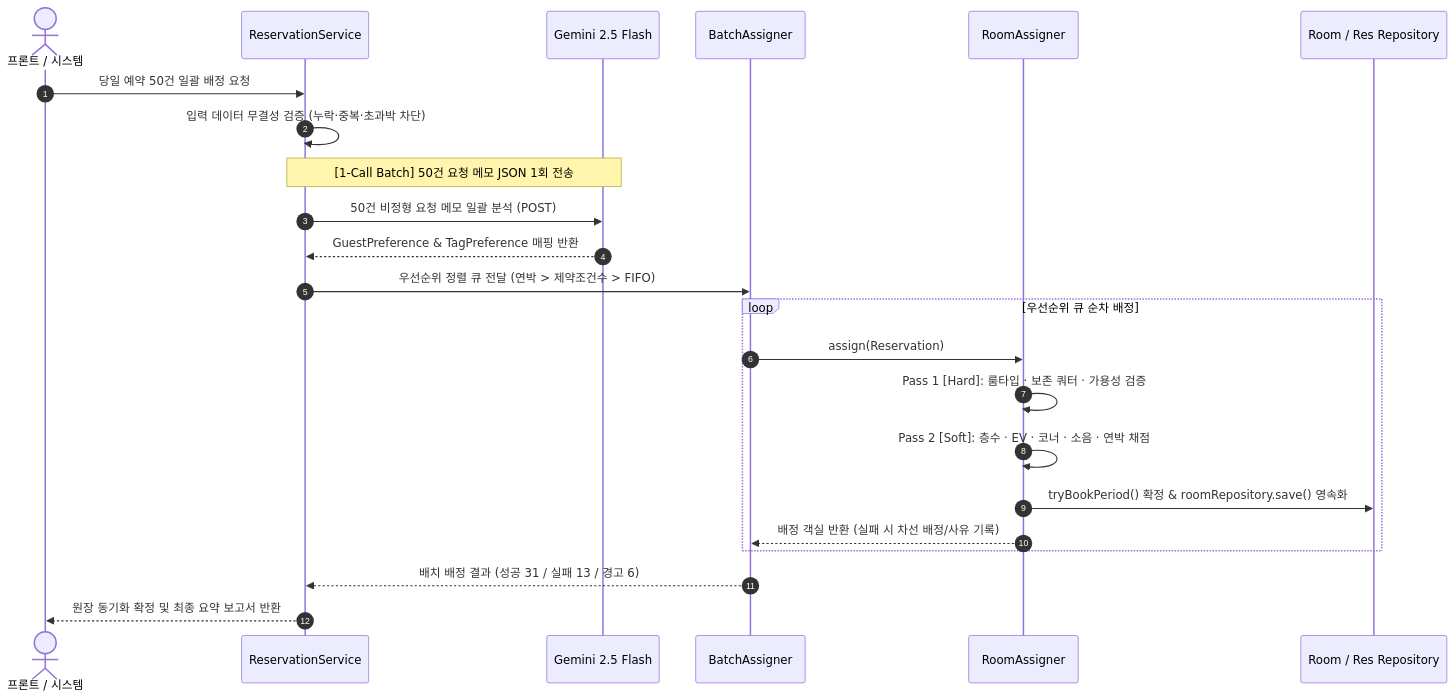
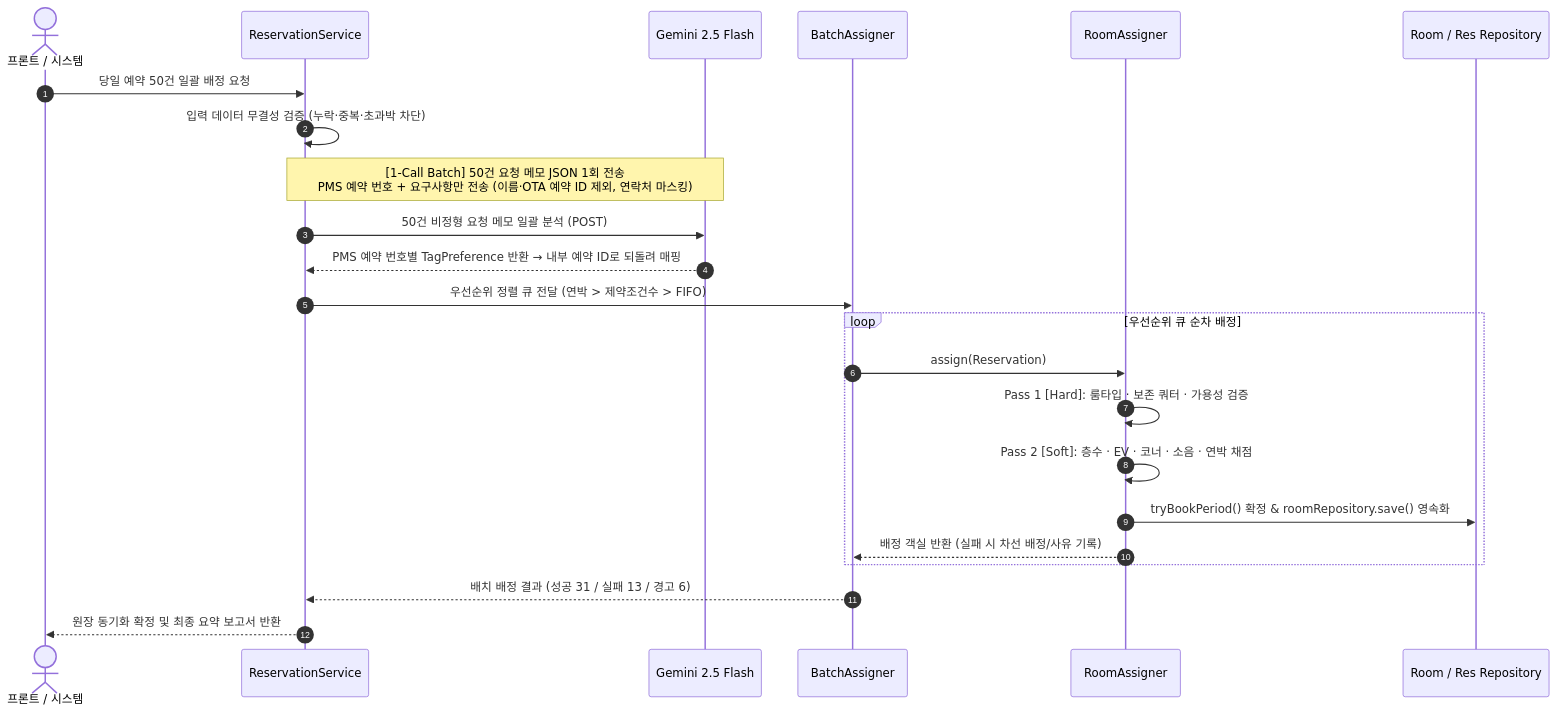
Before and after one commit to Achan-one/hotel-pms-ai: the first of 2 diagrams in ReadMe.md, drawn with Mermaid. The commit also changed other lines of this file and 2 other files, not shown here.

````diff
--- a/ReadMe.md
+++ b/ReadMe.md
@@ -35,30 +103,30 @@
 ```mermaid
 sequenceDiagram
   autonumber
   actor Staff as 프론트 / 시스템
   participant RS as ReservationService
   participant AI as Gemini 2.5 Flash
   participant BA as BatchAssigner
   participant RA as RoomAssigner
   participant DB as Room / Res Repository
 
   Staff->>RS: 당일 예약 50건 일괄 배정 요청
   RS->>RS: 입력 데이터 무결성 검증 (누락·중복·초과박 차단)
 
-  Note over RS,AI: [1-Call Batch] 50건 요청 메모 JSON 1회 전송
+  Note over RS,AI: [1-Call Batch] 50건 요청 메모 JSON 1회 전송<br/>PMS 예약 번호 + 요구사항만 전송 (이름·OTA 예약 ID 제외, 연락처 마스킹)
   RS->>AI: 50건 비정형 요청 메모 일괄 분석 (POST)
-  AI-->>RS: GuestPreference & TagPreference 매핑 반환
+  AI-->>RS: PMS 예약 번호별 TagPreference 반환 → 내부 예약 ID로 되돌려 매핑
 
   RS->>BA: 우선순위 정렬 큐 전달 (연박 > 제약조건수 > FIFO)
 
   loop 우선순위 큐 순차 배정
     BA->>RA: assign(Reservation)
     RA->>RA: Pass 1 [Hard]: 룸타입 · 보존 쿼터 · 가용성 검증
     RA->>RA: Pass 2 [Soft]: 층수 · EV · 코너 · 소음 · 연박 채점
     RA->>DB: tryBookPeriod() 확정 & roomRepository.save() 영속화
     RA-->>BA: 배정 객실 반환 (실패 시 차선 배정/사유 기록)
   end
 
   BA-->>RS: 배치 배정 결과 (성공 31 / 실패 13 / 경고 6)
   RS-->>Staff: 원장 동기화 확정 및 최종 요약 보고서 반환
 ```
````
